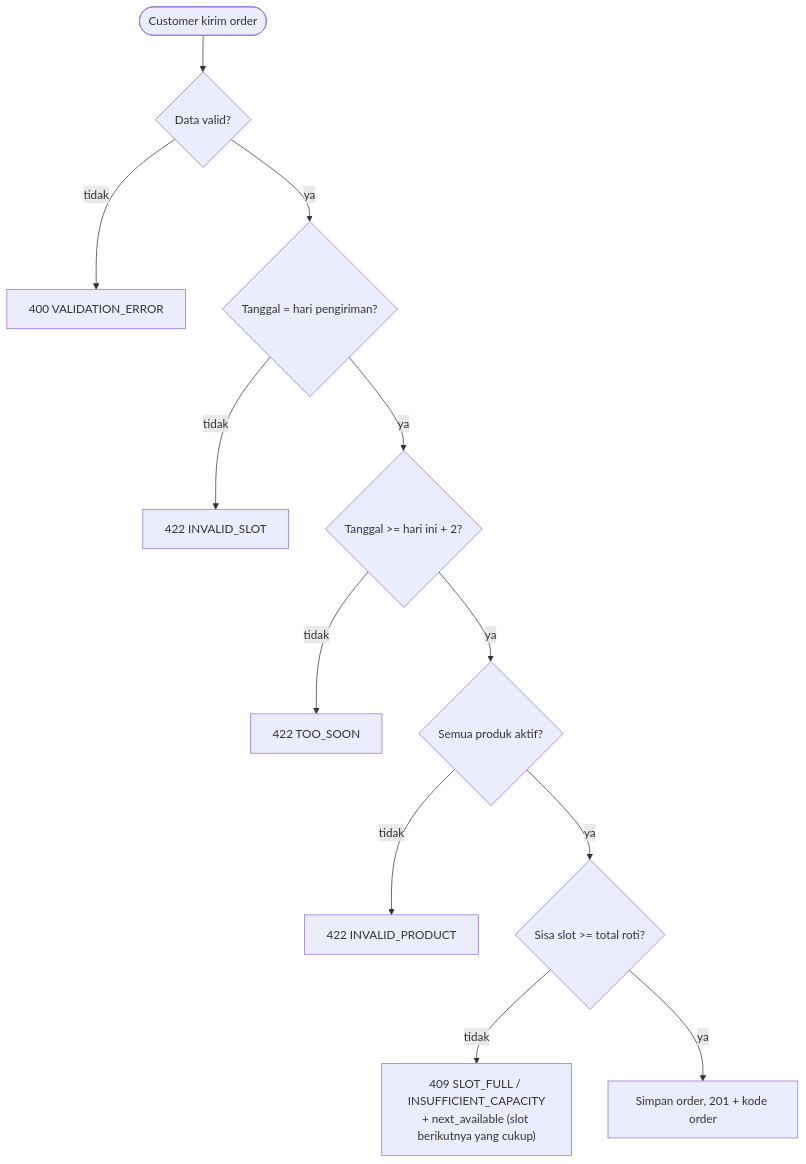
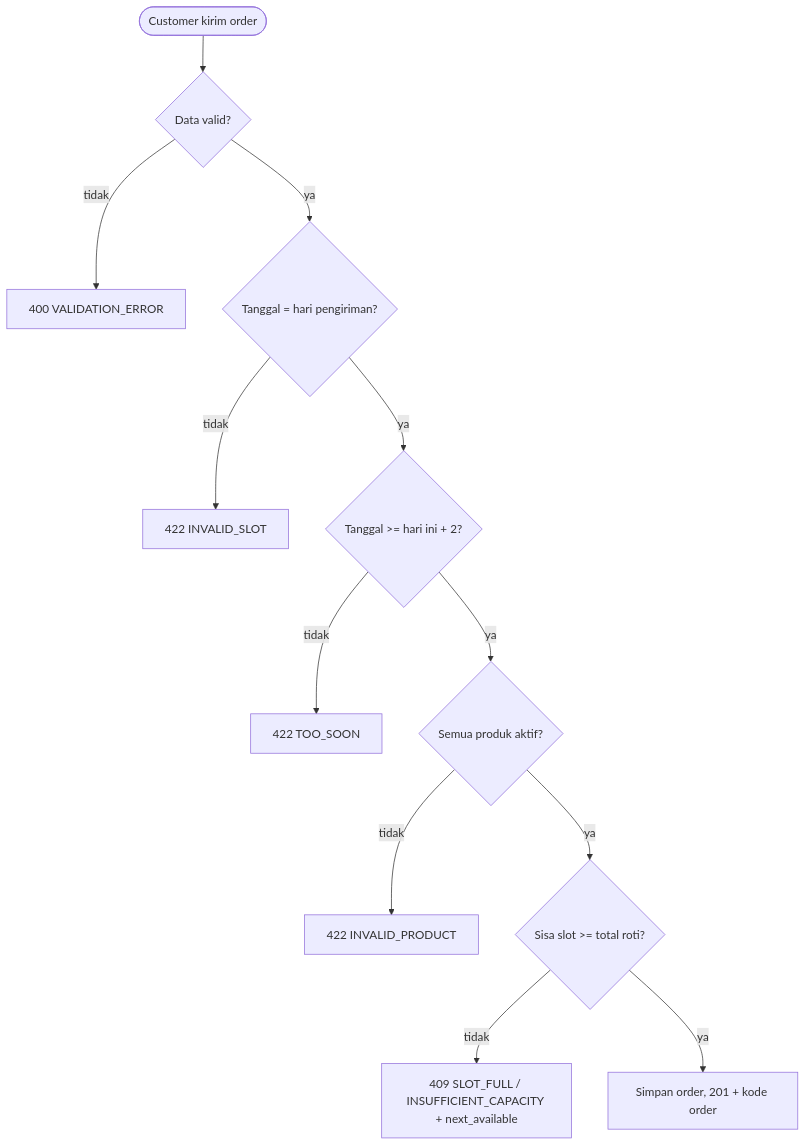
Before and after one commit to segafjufry/Tewiwi-House-Backend: the fourth of 5 diagrams in docs/ARSITEKTUR.md, drawn with Mermaid. The commit also changed other lines of this file and 8 other files, not shown here.

````diff
--- a/docs/ARSITEKTUR.md
+++ b/docs/ARSITEKTUR.md
@@ -100,14 +141,14 @@
 ```mermaid
 flowchart TD
   S([Customer kirim order]) --> V{Data valid?}
   V -- tidak --> E400[400 VALIDATION_ERROR]
   V -- ya --> H{Tanggal = hari pengiriman?}
   H -- tidak --> E422a[422 INVALID_SLOT]
   H -- ya --> L{Tanggal >= hari ini + 2?}
   L -- tidak --> E422b[422 TOO_SOON]
   L -- ya --> P{Semua produk aktif?}
   P -- tidak --> E422c[422 INVALID_PRODUCT]
   P -- ya --> K{Sisa slot >= total roti?}
-  K -- tidak --> E409["409 SLOT_FULL / INSUFFICIENT_CAPACITY<br/>+ next_available (slot berikutnya yang cukup)"]
+  K -- tidak --> E409["409 SLOT_FULL / INSUFFICIENT_CAPACITY + next_available"]
   K -- ya --> OK[Simpan order, 201 + kode order]
 ```
````
